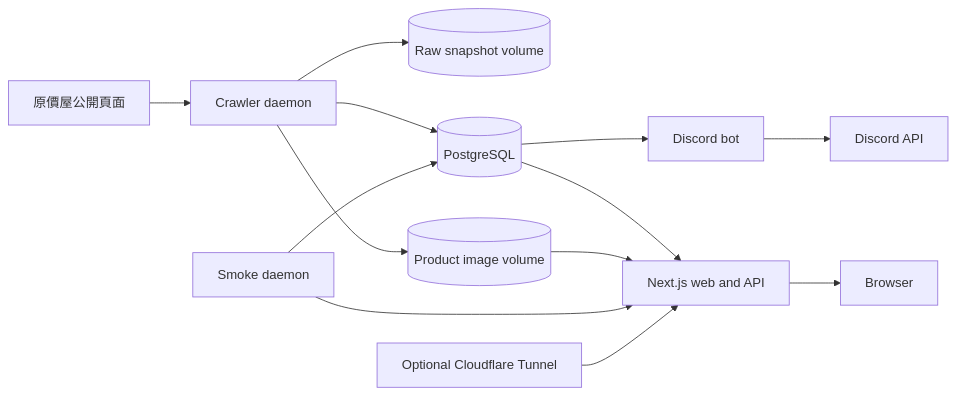
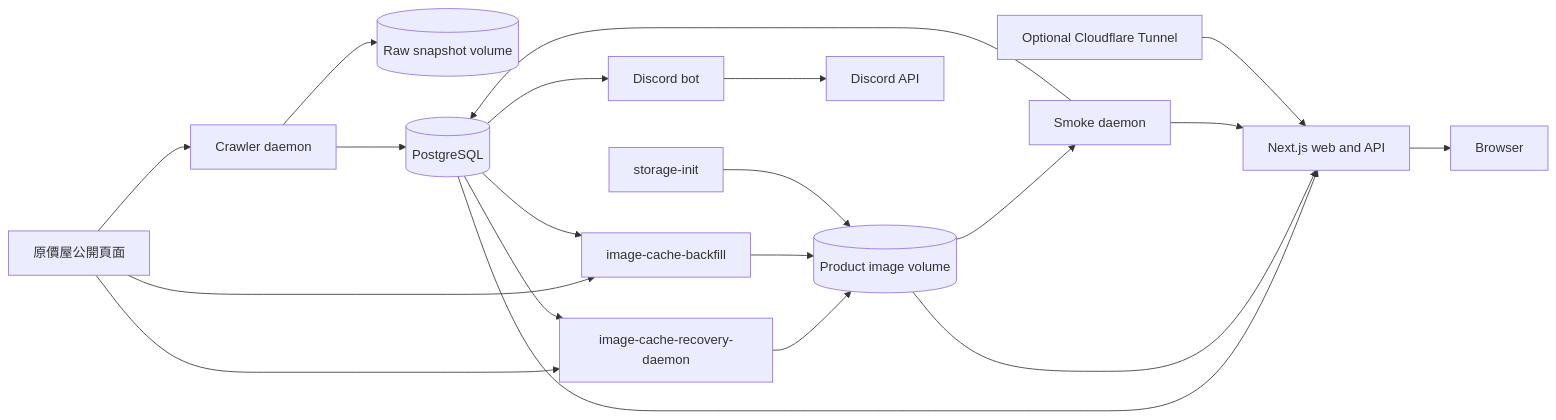
The diagram in docs/architecture.md (C6Yelan/PartsRadarTW), drawn with Mermaid before and after one commit. The commit also changed other lines of this file and 8 other files, not shown here.

````diff
--- a/docs/architecture.md
+++ b/docs/architecture.md
@@ -7,15 +7,22 @@
 ```mermaid
 flowchart LR
   CoolPC[原價屋公開頁面] --> Crawler[Crawler daemon]
+  CoolPC --> ImageRecovery[image-cache-recovery-daemon]
+  CoolPC --> ImageBackfill[image-cache-backfill]
   Crawler --> Snapshots[(Raw snapshot volume)]
   Crawler --> Database[(PostgreSQL)]
-  Crawler --> Images[(Product image volume)]
+  Database --> ImageRecovery
+  Database --> ImageBackfill
+  ImageRecovery --> Images[(Product image volume)]
+  ImageBackfill --> Images
+  StorageInit[storage-init] --> Images
   Database --> Web[Next.js web and API]
   Images --> Web
   Web --> Browser[Browser]
   Database --> Discord[Discord bot]
   Discord --> DiscordAPI[Discord API]
   Smoke[Smoke daemon] --> Web
   Smoke --> Database
+  Images --> Smoke
   Tunnel[Optional Cloudflare Tunnel] --> Web
 ```
````
